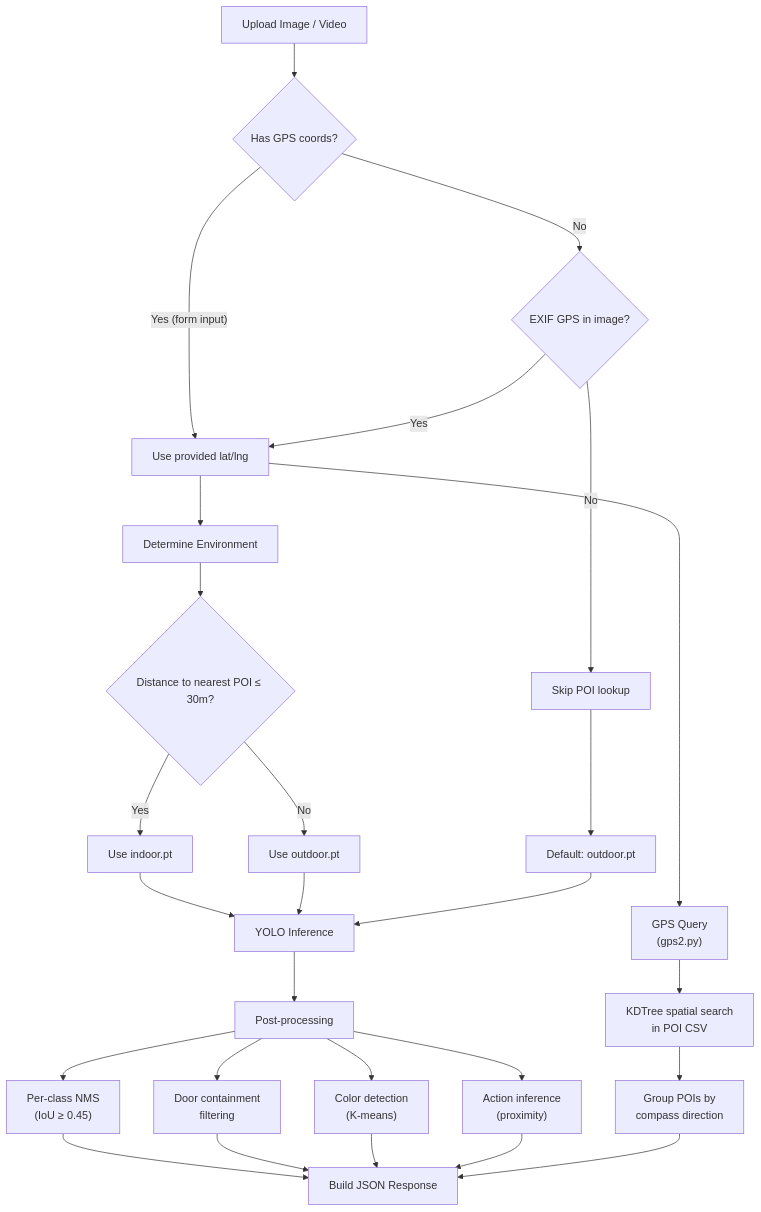
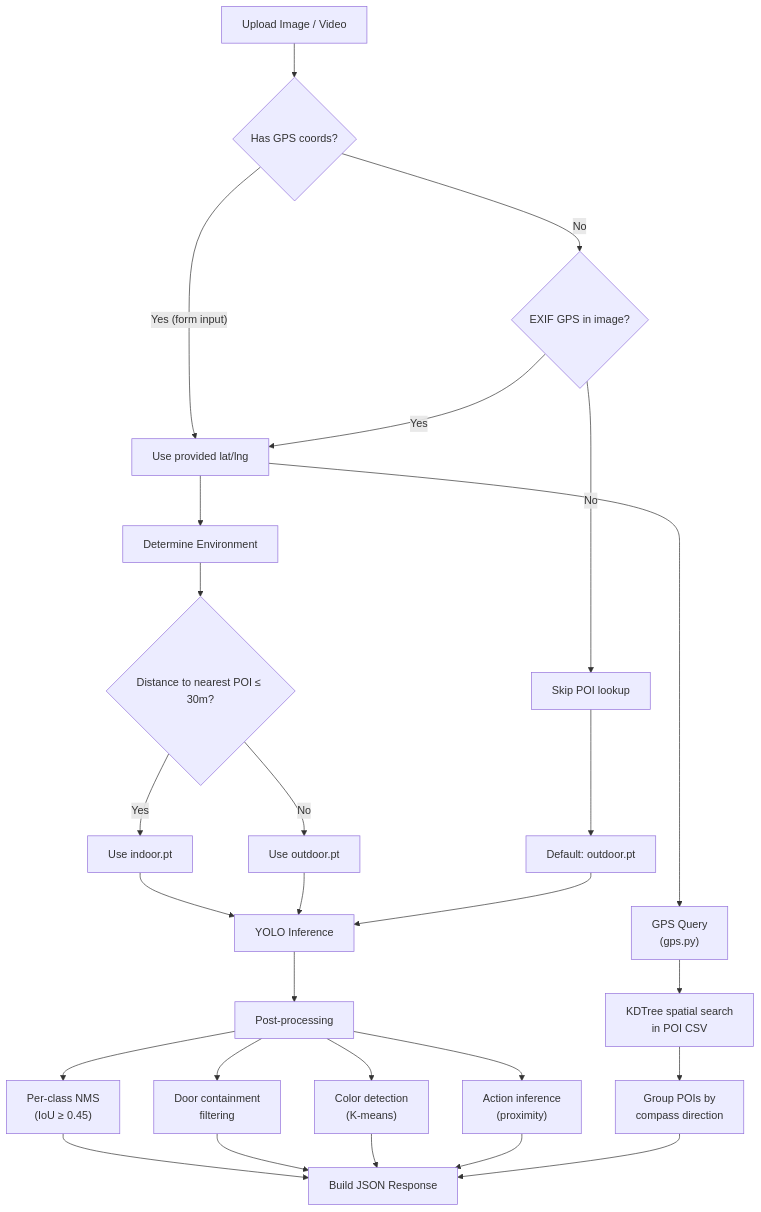
Before and after one commit to MaedaKenji/brin: the first of 2 diagrams in walkthrough.md, drawn with Mermaid. The commit also changed other lines of this file and 6 other files, not shown here.

````diff
--- a/walkthrough.md
+++ b/walkthrough.md
@@ -418,33 +418,33 @@
 ```mermaid
 flowchart TD
     A["Upload Image / Video"] --> B{"Has GPS coords?"}
     B -->|"Yes (form input)"| C["Use provided lat/lng"]
     B -->|"No"| D{"EXIF GPS in image?"}
     D -->|Yes| C
     D -->|No| E["Skip POI lookup"]
 
     C --> F["Determine Environment"]
     F --> G{"Distance to nearest POI ≤ 30m?"}
     G -->|Yes| H["Use indoor.pt"]
     G -->|No| I["Use outdoor.pt"]
 
     H --> J["YOLO Inference"]
     I --> J
     E --> K["Default: outdoor.pt"] --> J
 
     J --> L["Post-processing"]
     L --> M["Per-class NMS\n(IoU ≥ 0.45)"]
     L --> N["Door containment\nfiltering"]
     L --> O["Color detection\n(K-means)"]
     L --> P["Action inference\n(proximity)"]
 
     M --> Q["Build JSON Response"]
     N --> Q
     O --> Q
     P --> Q
 
-    C --> R["GPS Query\n(gps2.py)"]
+    C --> R["GPS Query\n(gps.py)"]
     R --> S["KDTree spatial search\nin POI CSV"]
     S --> T["Group POIs by\ncompass direction"]
     T --> Q
 ```
````
